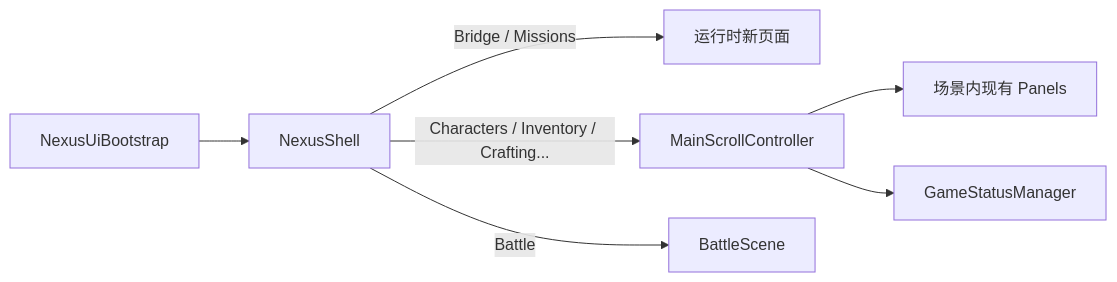
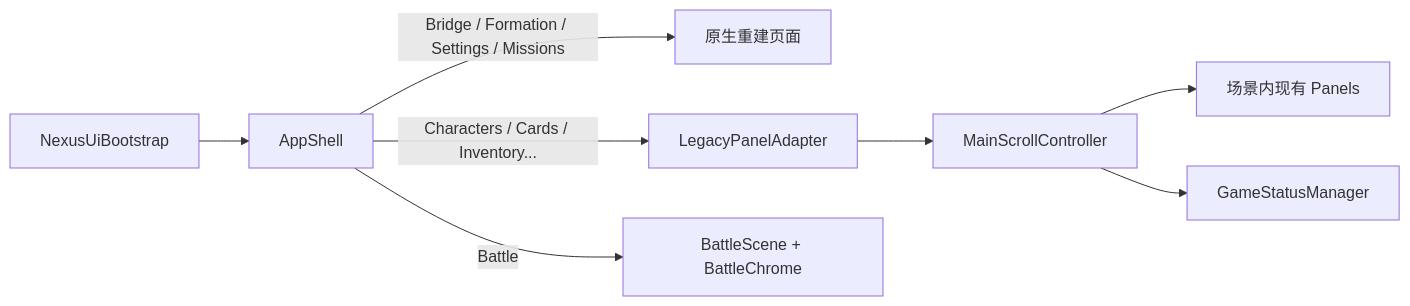
Before and after one commit to Grindewald1900/Galactic-Frontier: the fifth of 5 diagrams in Documentation/zh-CN/10-core-classes.md, drawn with Mermaid. The commit also changed other lines of this file and 67 other files, not shown here.

First line of the commit message:
Replace Nexus overlay shell with AppShell screens and expandable nav layout.

````diff
--- a/Documentation/zh-CN/10-core-classes.md
+++ b/Documentation/zh-CN/10-core-classes.md
@@ -155,9 +157,10 @@
 ```mermaid
 flowchart LR
-    Bootstrap["NexusUiBootstrap"] --> Shell["NexusShell"]
-    Shell -->|Bridge / Missions| NewViews["运行时新页面"]
-    Shell -->|Characters / Inventory / Crafting...| MainScroll["MainScrollController"]
-    MainScroll --> Panels["场景内现有 Panels"]
-    MainScroll --> Status["GameStatusManager"]
-    Shell -->|Battle| BattleScene["BattleScene"]
+    Bootstrap["NexusUiBootstrap"] --> Shell["AppShell"]
+    Shell -->|Bridge / Formation / Settings / Missions| NewViews["原生重建页面"]
+    Shell -->|Characters / Cards / Inventory...| Adapter["LegacyPanelAdapter"]
+    Adapter --> MSC["MainScrollController"]
+    MSC --> Panels["场景内现有 Panels"]
+    MSC --> Status["GameStatusManager"]
+    Shell -->|Battle| BattleScene["BattleScene + BattleChrome"]
 ```
````
